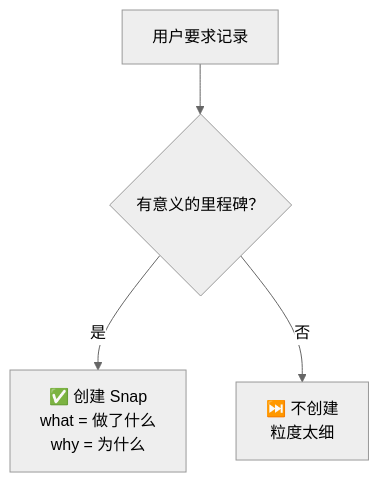
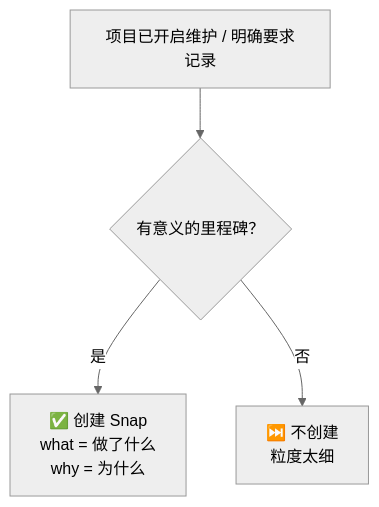
The third of 4 diagrams in docs/CN/cli.md (dozybot001/Intent), drawn with Mermaid (neutral theme) before and after one commit. The commit also changed other lines of this file and 20 other files, not shown here.

````diff
--- a/docs/CN/cli.md
+++ b/docs/CN/cli.md
@@ -104,6 +117,6 @@
 ```mermaid
 flowchart TD
-  Q["用户要求记录"] --> C{有意义的里程碑？}
+  Q["项目已开启维护 / 明确要求记录"] --> C{有意义的里程碑？}
   C -->|是| B["✅ 创建 Snap\nwhat = 做了什么\nwhy = 为什么"]
   C -->|否| A["⏭️ 不创建\n粒度太细"]
 ```
````
